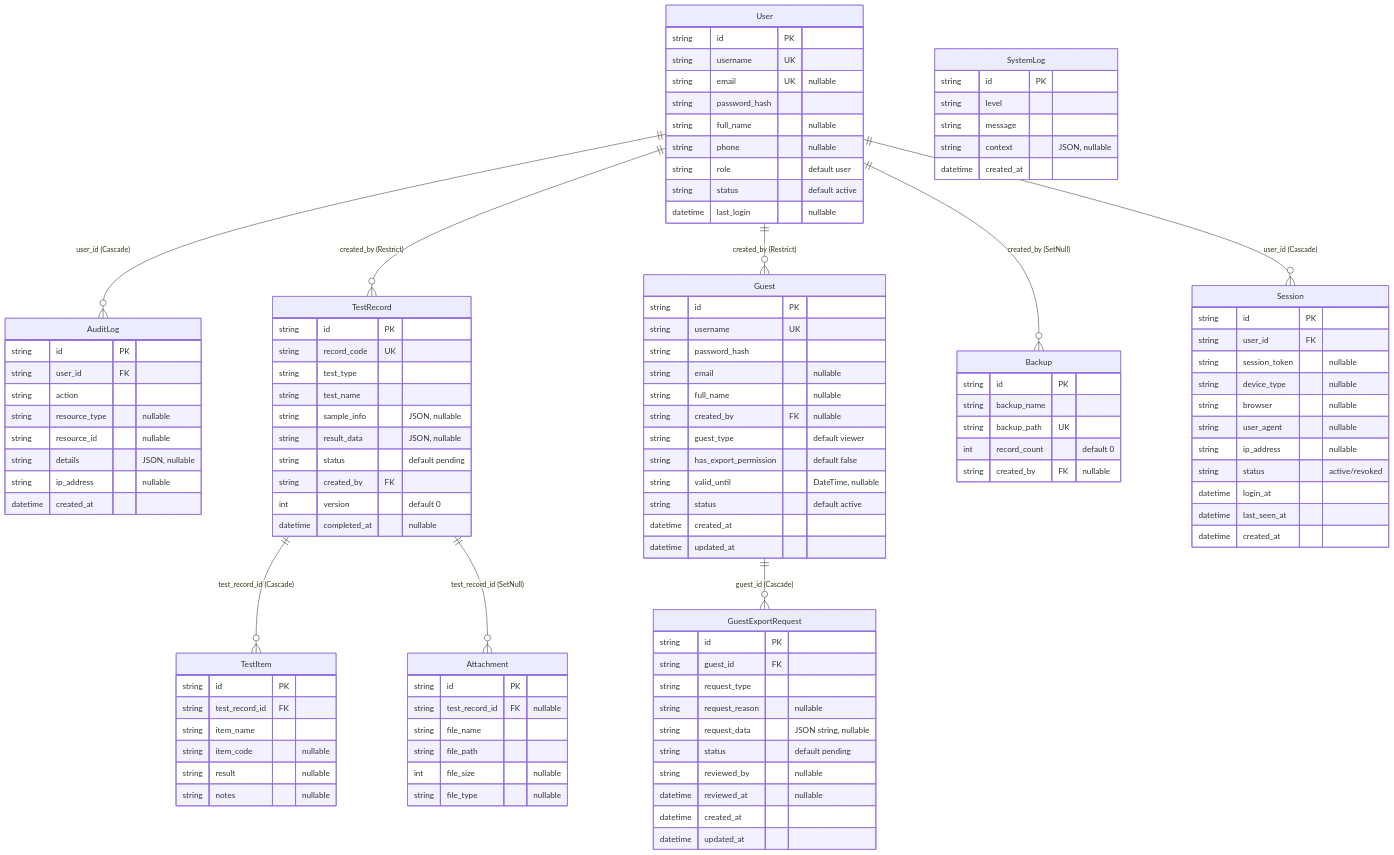
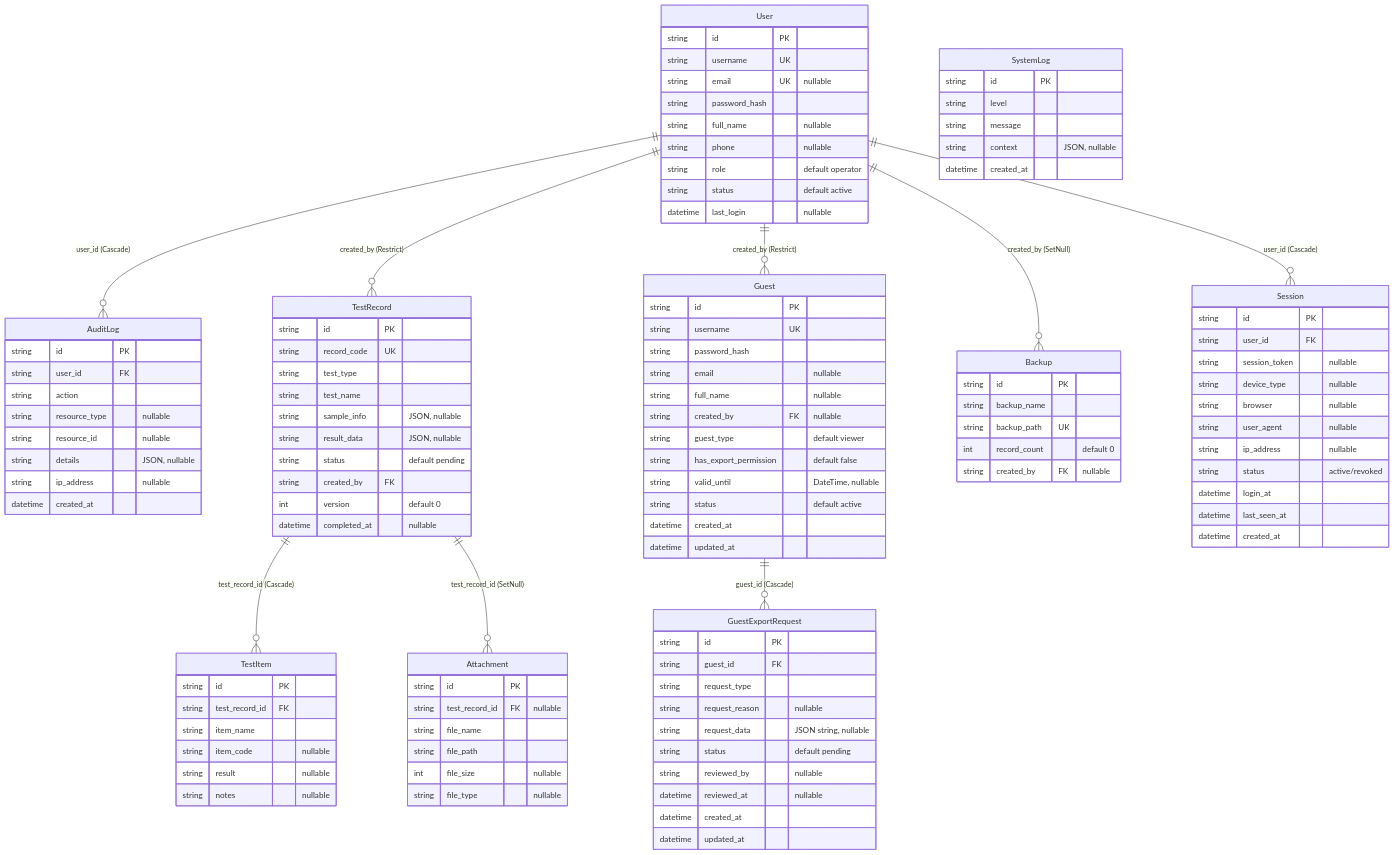
The fourth of 5 diagrams in README.md (ArthurUker/Tianjiabing_foodtestlab), drawn with Mermaid before and after one commit. The commit also changed other lines of this file and 56 other files, not shown here.

```diff
--- a/README.md
+++ b/README.md
@@ -163,7 +167,7 @@
         string password_hash
         string full_name "nullable"
         string phone "nullable"
-        string role "default user"
+        string role "default operator"
         string status "default active"
         datetime last_login "nullable"
     }
```
